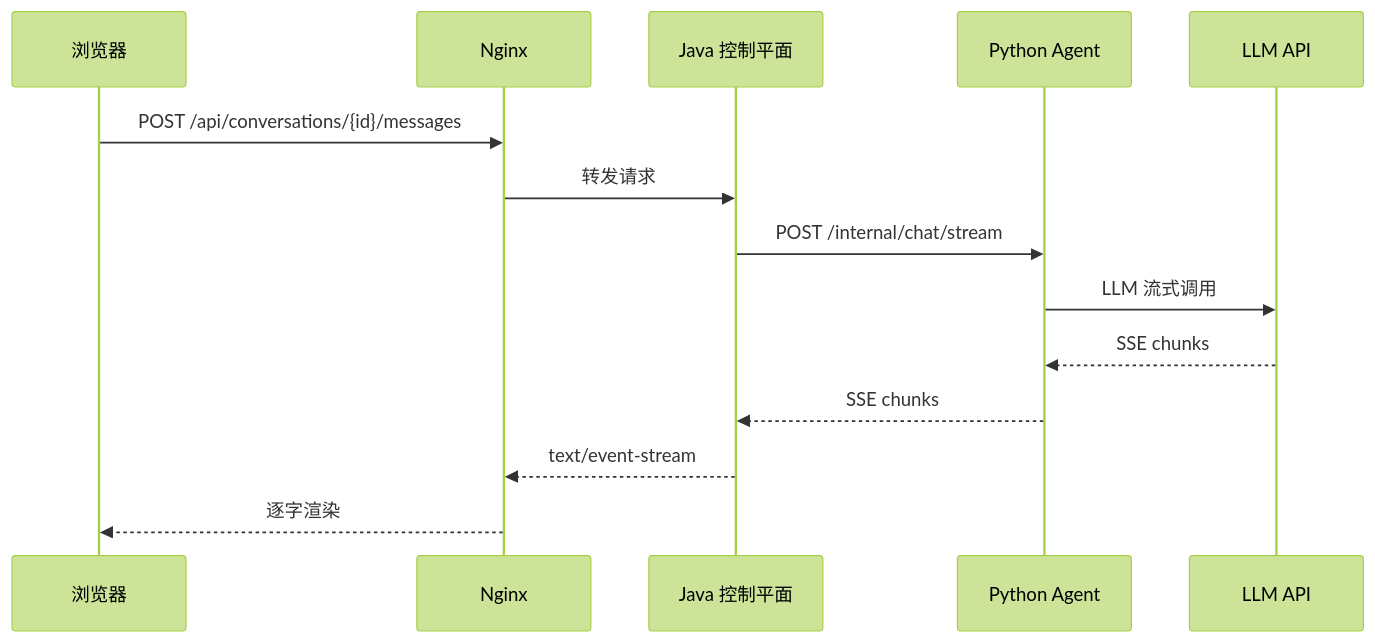
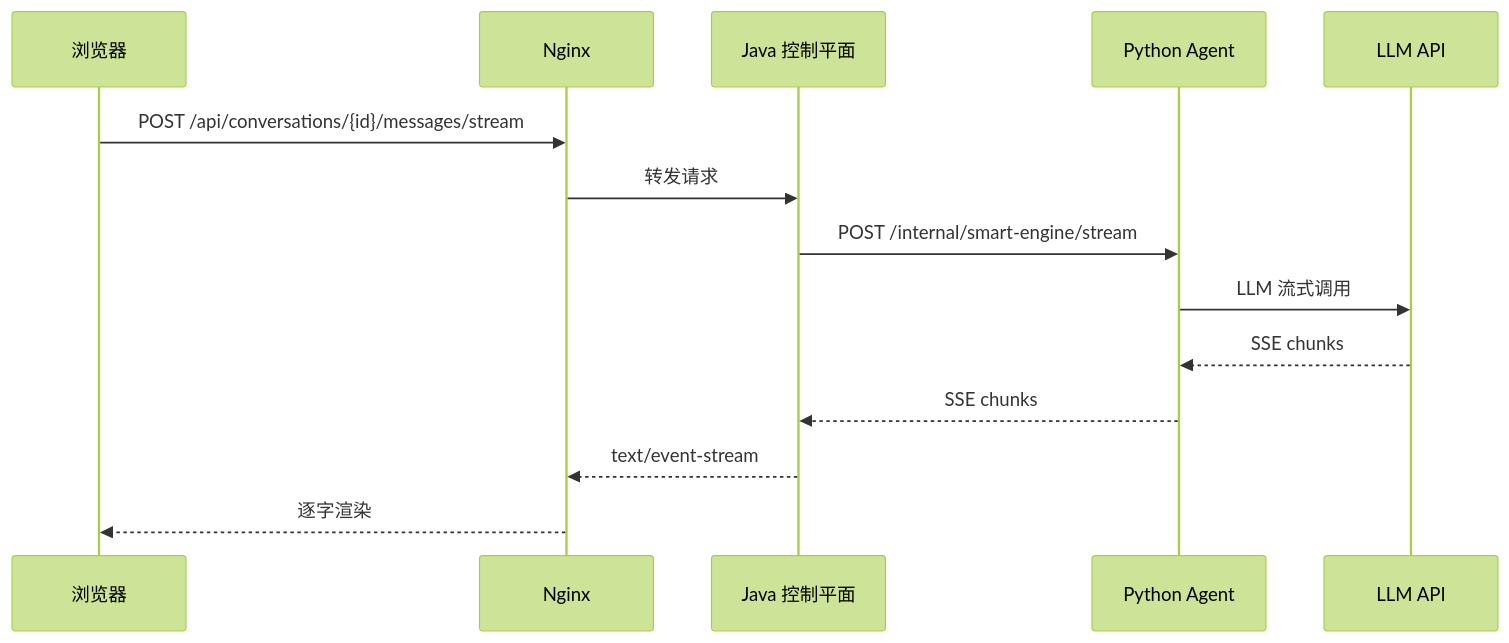
The second of 2 diagrams in docs/deployment.md (zzp1221/Multi-Agent-Learning-System), drawn with Mermaid (forest theme) before and after one commit. The commit also changed other lines of this file and 39 other files, not shown here.

````diff
--- a/docs/deployment.md
+++ b/docs/deployment.md
@@ -109,17 +109,17 @@
 ```mermaid
 sequenceDiagram
     participant U as 浏览器
     participant N as Nginx
     participant J as Java 控制平面
     participant P as Python Agent
     participant L as LLM API
 
-    U->>N: POST /api/conversations/{id}/messages
+    U->>N: POST /api/conversations/{id}/messages/stream
     N->>J: 转发请求
-    J->>P: POST /internal/chat/stream
+    J->>P: POST /internal/smart-engine/stream
     P->>L: LLM 流式调用
     L-->>P: SSE chunks
     P-->>J: SSE chunks
     J-->>N: text/event-stream
     N-->>U: 逐字渲染
 ```
````
